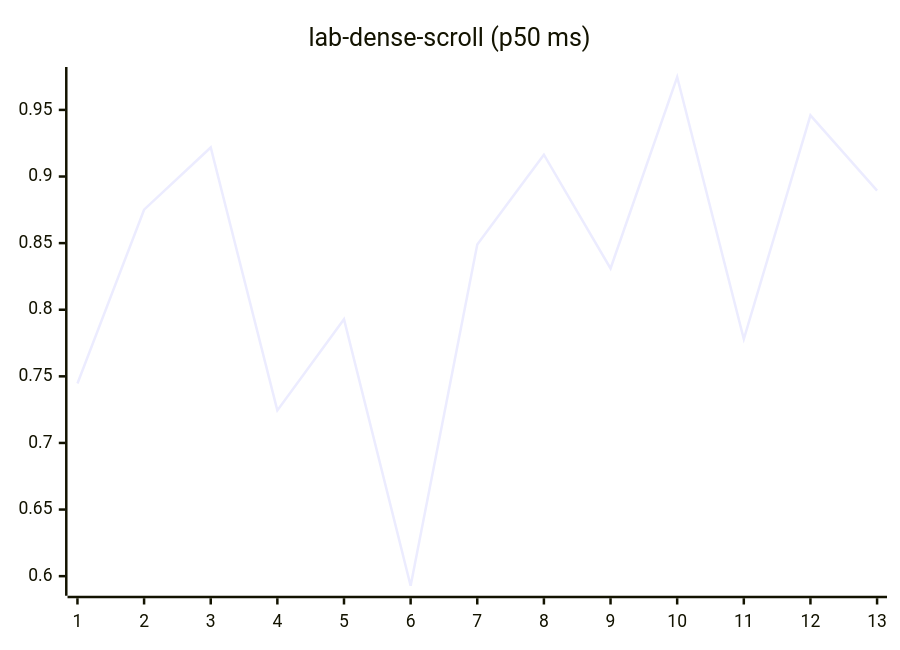
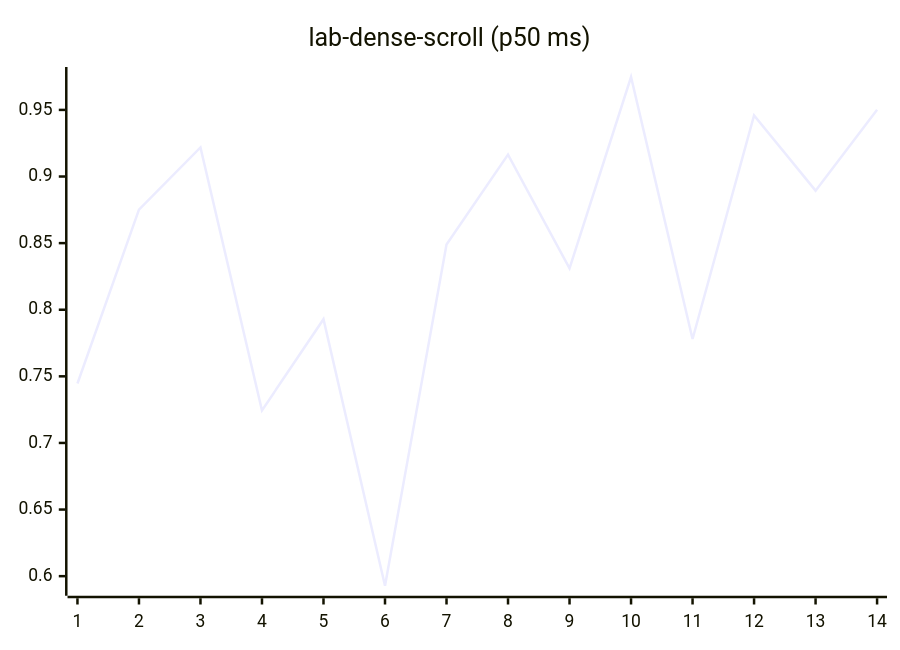
Diagram 12 of 27 in README.md (josha/Facet), drawn with Mermaid before and after one commit. The commit also changed other lines of this file and 2 other files, not shown here.

````diff
--- a/README.md
+++ b/README.md
@@ -140,6 +140,6 @@
 ```mermaid
 xychart-beta
     title "lab-dense-scroll (p50 ms)"
-    x-axis 1 --> 13
-    line [0.7446, 0.8751, 0.9218, 0.7244, 0.7929, 0.5928, 0.8489, 0.9164, 0.8310, 0.9747, 0.7780, 0.9459, 0.8894]
+    x-axis 1 --> 14
+    line [0.7446, 0.8751, 0.9218, 0.7244, 0.7929, 0.5928, 0.8489, 0.9164, 0.8310, 0.9747, 0.7780, 0.9459, 0.8894, 0.9501]
 ```
````
